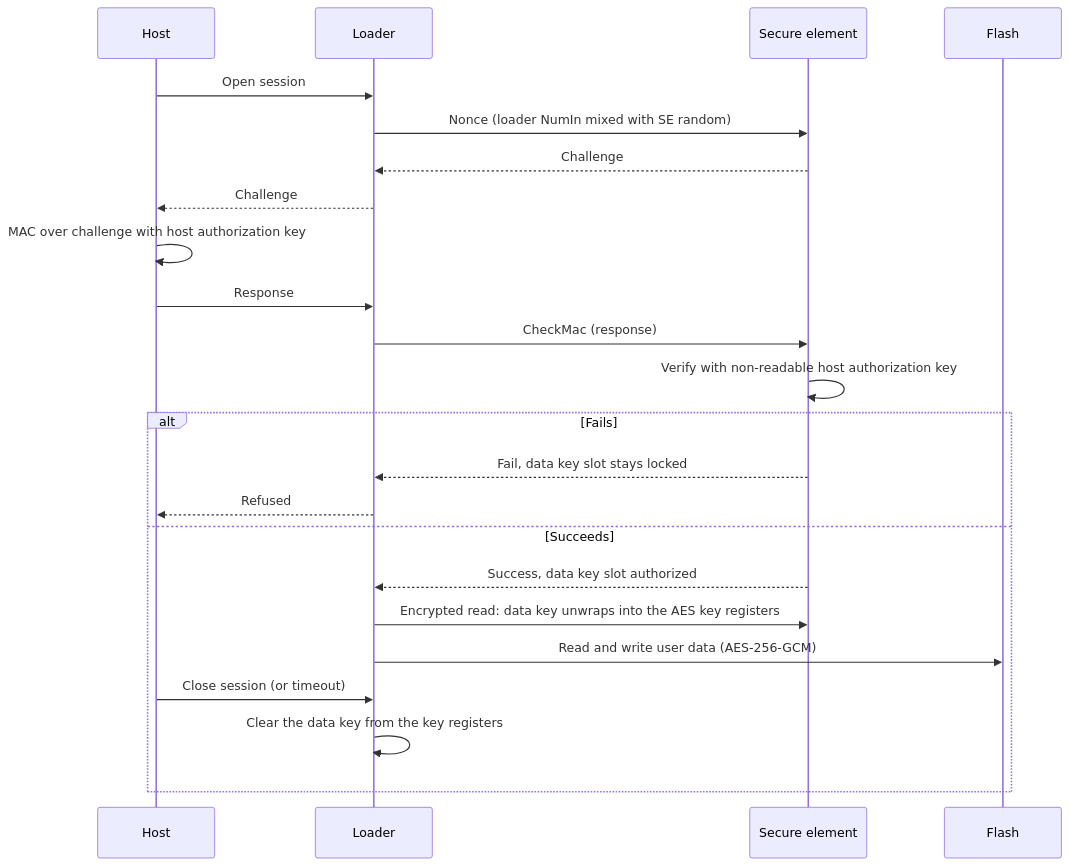
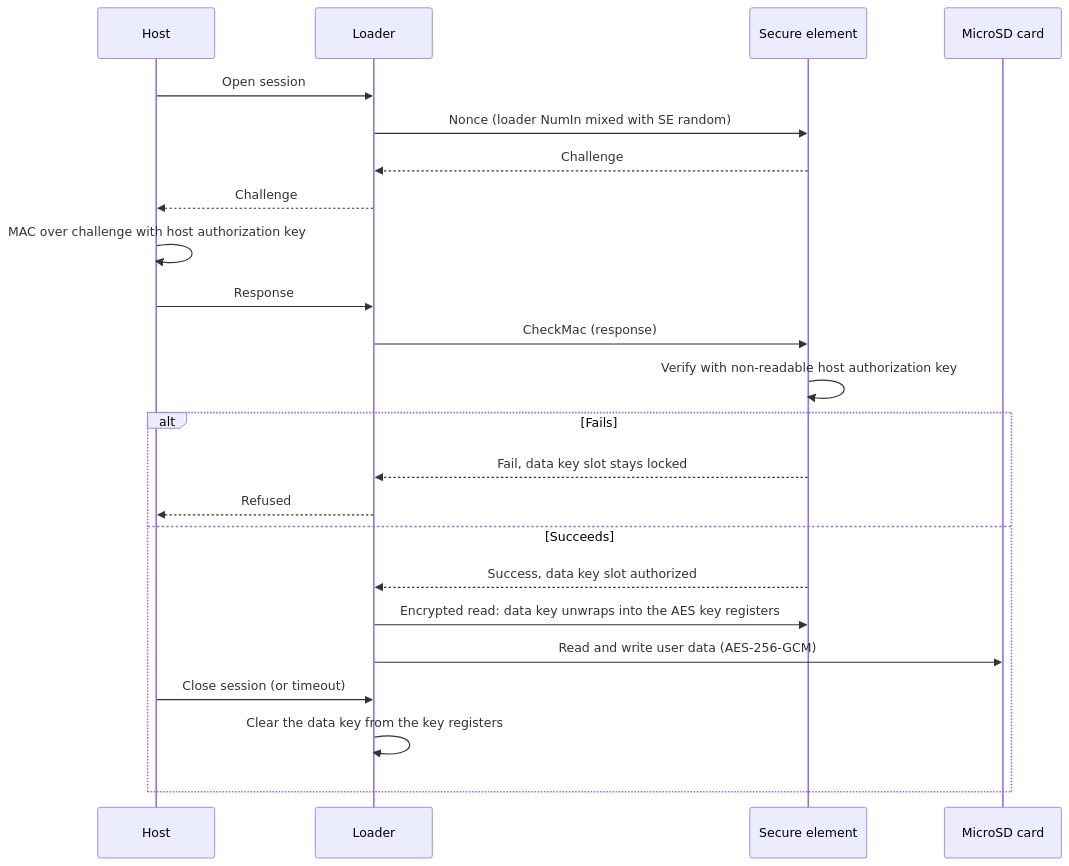
The sixth of 7 diagrams in doc/fda.md (bradleyeckert/thriller), drawn with Mermaid before and after one commit. The commit also changed other lines of this file and 7 other files, not shown here.

````diff
--- a/doc/fda.md
+++ b/doc/fda.md
@@ -257,25 +257,25 @@
 ```mermaid
 sequenceDiagram
   participant H as Host
   participant L as Loader
   participant SE as Secure element
-  participant F as Flash
+  participant F as MicroSD card
   H->>L: Open session
   L->>SE: Nonce (loader NumIn mixed with SE random)
   SE-->>L: Challenge
   L-->>H: Challenge
   H->>H: MAC over challenge with host authorization key
   H->>L: Response
   L->>SE: CheckMac (response)
   SE->>SE: Verify with non-readable host authorization key
   alt Fails
     SE-->>L: Fail, data key slot stays locked
     L-->>H: Refused
   else Succeeds
     SE-->>L: Success, data key slot authorized
     L->>SE: Encrypted read: data key unwraps into the AES key registers
     L->>F: Read and write user data (AES-256-GCM)
     H->>L: Close session (or timeout)
     L->>L: Clear the data key from the key registers
   end
 ```
````
